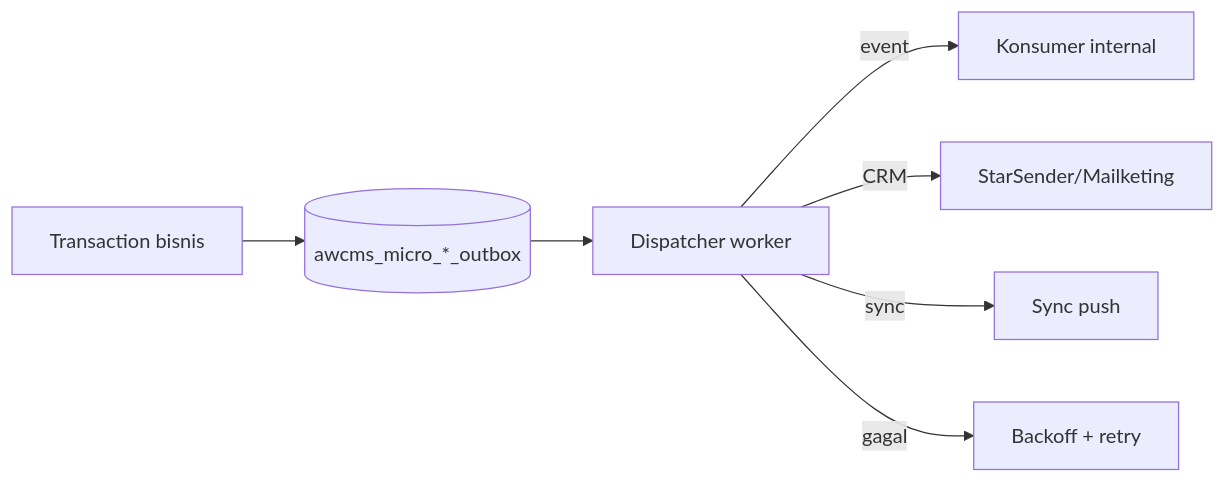
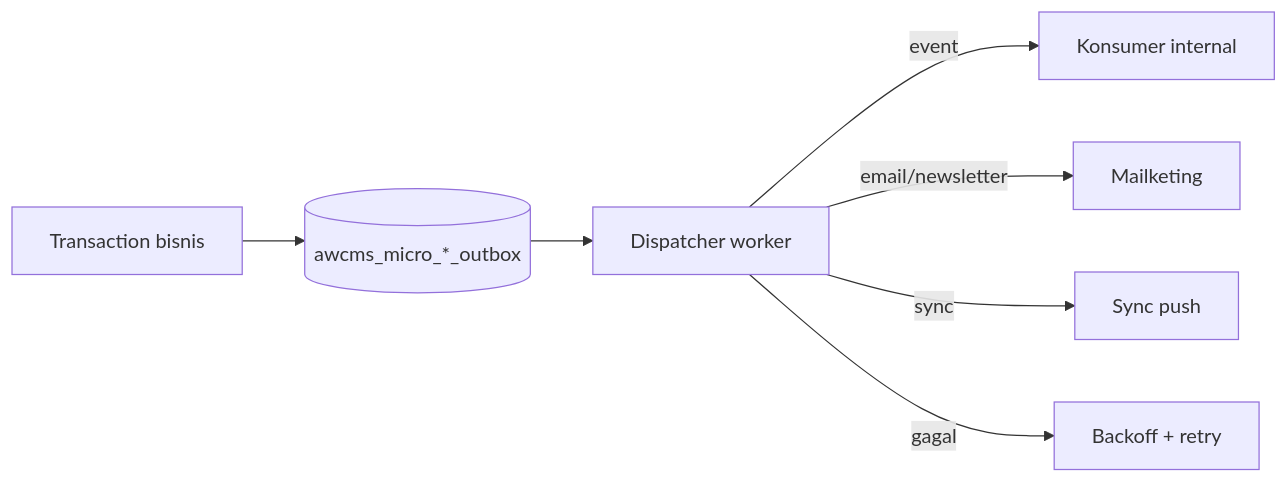
One commit to ahliweb/awcms-micro changed the third of 5 diagrams in docs/awcms-micro/16_backend_data_access_integration.md. Above: the diagram before and after it, drawn with Mermaid. The commit also changed other lines of this file and 24 other files, not shown here.

````diff
--- a/docs/awcms-micro/16_backend_data_access_integration.md
+++ b/docs/awcms-micro/16_backend_data_access_integration.md
@@ -127,9 +127,9 @@
 ```mermaid
 flowchart LR
   Tx[Transaction bisnis] --> OB[(awcms_micro_*_outbox)]
   OB --> Disp[Dispatcher worker]
   Disp -->|event| Bus[Konsumer internal]
-  Disp -->|CRM| Prov[StarSender/Mailketing]
+  Disp -->|email/newsletter| Prov[Mailketing]
   Disp -->|sync| Node[Sync push]
   Disp -->|gagal| Retry[Backoff + retry]
 ```
````
